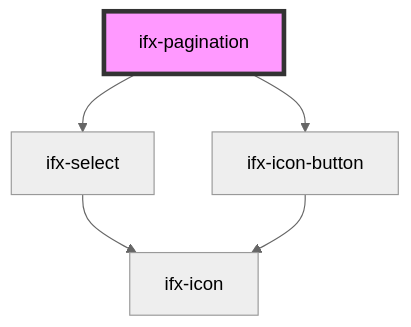
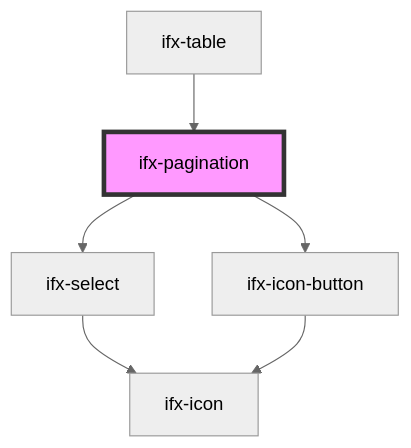
Before and after one commit to Infineon/infineon-design-system-stencil: the diagram in packages/components/src/components/pagination/readme.md, drawn with Mermaid (neutral theme). The commit also changed other lines of this file and 18 other files, not shown here.

Commit message:
adv table + basic table no rows text fixed alignment; adv table added pagination + cleaned up css

````diff
--- a/packages/components/src/components/pagination/readme.md
+++ b/packages/components/src/components/pagination/readme.md
@@ -33,8 +37,9 @@
 ```mermaid
 graph TD;
   ifx-pagination --> ifx-select
   ifx-pagination --> ifx-icon-button
   ifx-select --> ifx-icon
   ifx-icon-button --> ifx-icon
+  ifx-table --> ifx-pagination
   style ifx-pagination fill:#f9f,stroke:#333,stroke-width:4px
 ```
````
